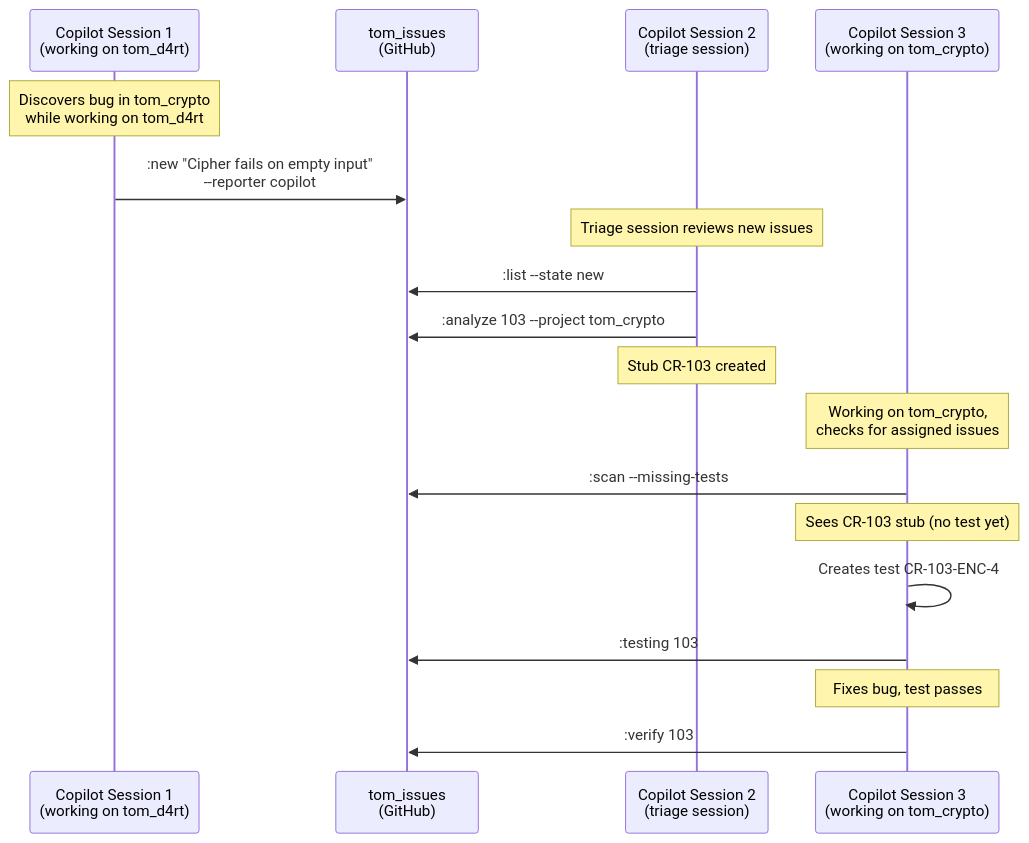
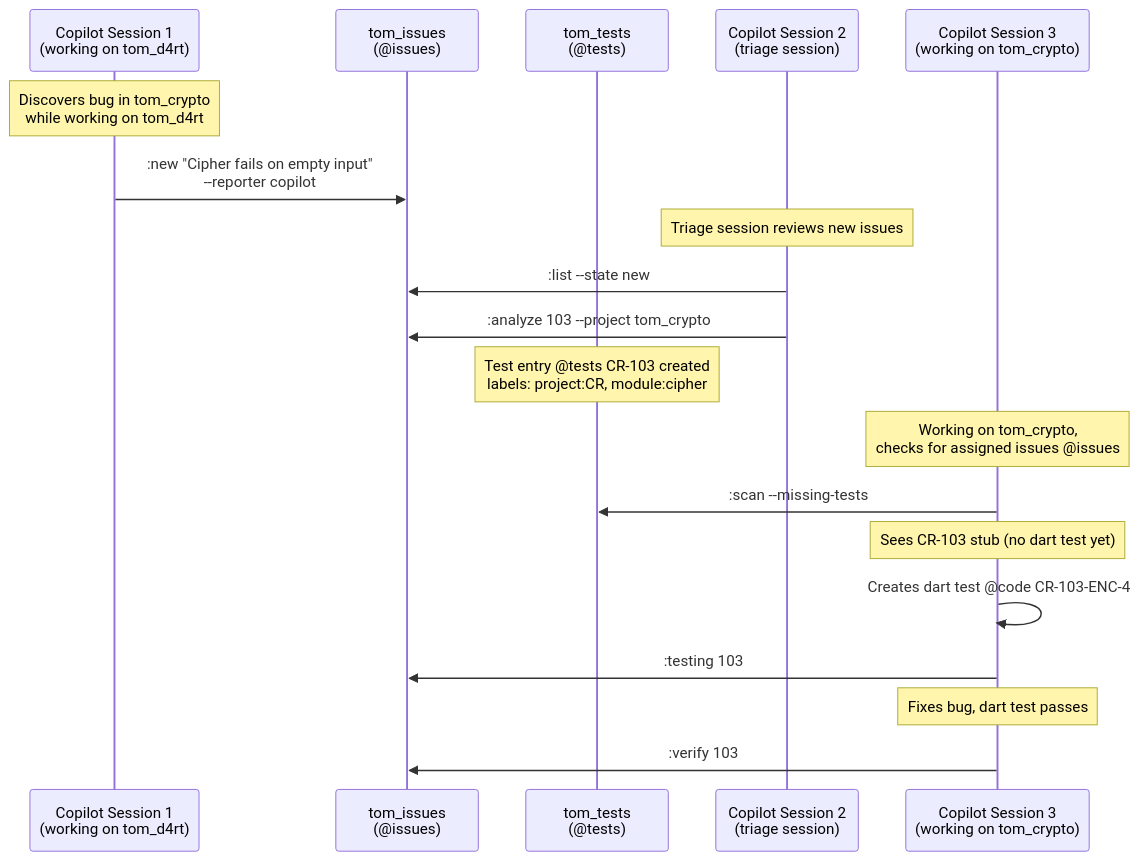
One commit to al-the-bear/tom_module_basics changed the fifth of 37 diagrams in tom_issue_kit/doc/issuekit_command_reference.md. Above: the diagram before and after it, drawn with Mermaid. The commit also changed other lines of this file and 1 other file, not shown here.

First line of the commit message:
docs: architectural redesign — two issue trackers, @issues/@tests/@code terminology, nightly backup

````diff
--- a/tom_issue_kit/doc/issuekit_command_reference.md
+++ b/tom_issue_kit/doc/issuekit_command_reference.md
@@ -230,23 +234,24 @@
 ```mermaid
 sequenceDiagram
     participant C1 as Copilot Session 1<br/>(working on tom_d4rt)
-    participant GH as tom_issues<br/>(GitHub)
+    participant GH1 as tom_issues<br/>(@issues)
+    participant GH2 as tom_tests<br/>(@tests)
     participant C2 as Copilot Session 2<br/>(triage session)
     participant C3 as Copilot Session 3<br/>(working on tom_crypto)
 
     Note over C1: Discovers bug in tom_crypto<br/>while working on tom_d4rt
-    C1->>GH: :new "Cipher fails on empty input"<br/>--reporter copilot
+    C1->>GH1: :new "Cipher fails on empty input"<br/>--reporter copilot
 
     Note over C2: Triage session reviews new issues
-    C2->>GH: :list --state new
-    C2->>GH: :analyze 103 --project tom_crypto
-    Note over C2: Stub CR-103 created
+    C2->>GH1: :list --state new
+    C2->>GH1: :analyze 103 --project tom_crypto
+    Note over GH2: Test entry @tests CR-103 created<br/>labels: project:CR, module:cipher
 
-    Note over C3: Working on tom_crypto,<br/>checks for assigned issues
-    C3->>GH: :scan --missing-tests
-    Note over C3: Sees CR-103 stub (no test yet)
-    C3->>C3: Creates test CR-103-ENC-4
-    C3->>GH: :testing 103
-    Note over C3: Fixes bug, test passes
-    C3->>GH: :verify 103
+    Note over C3: Working on tom_crypto,<br/>checks for assigned issues @issues
+    C3->>GH2: :scan --missing-tests
+    Note over C3: Sees CR-103 stub (no dart test yet)
+    C3->>C3: Creates dart test @code CR-103-ENC-4
+    C3->>GH1: :testing 103
+    Note over C3: Fixes bug, dart test passes
+    C3->>GH1: :verify 103
 ```
````
